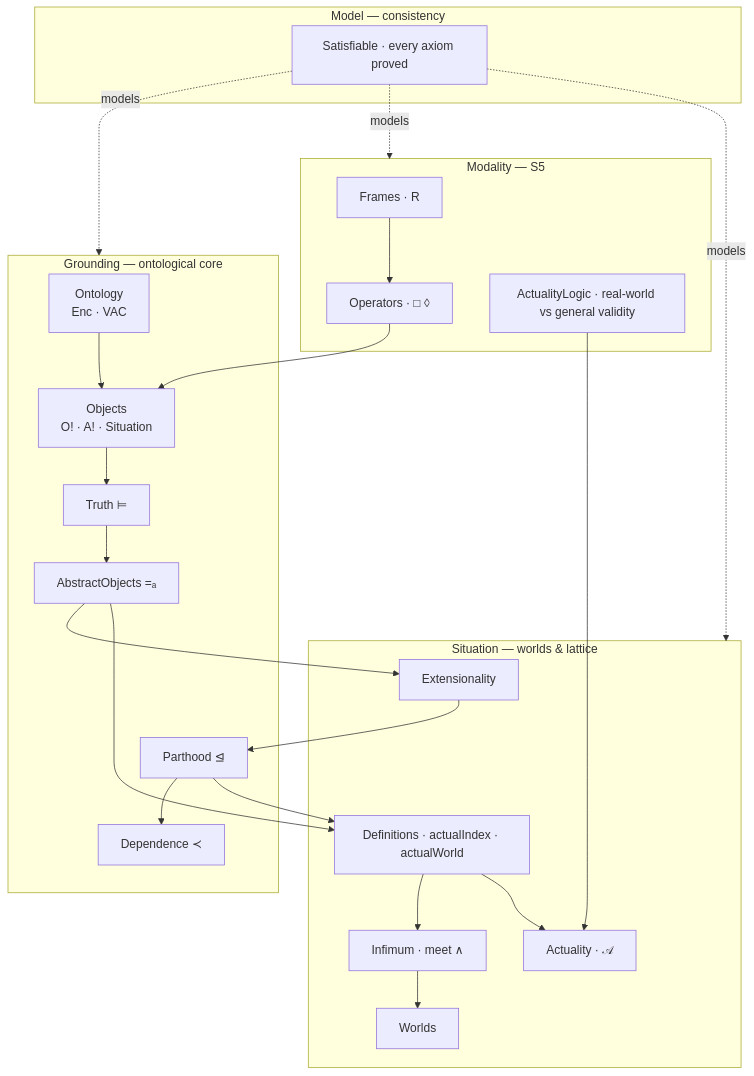
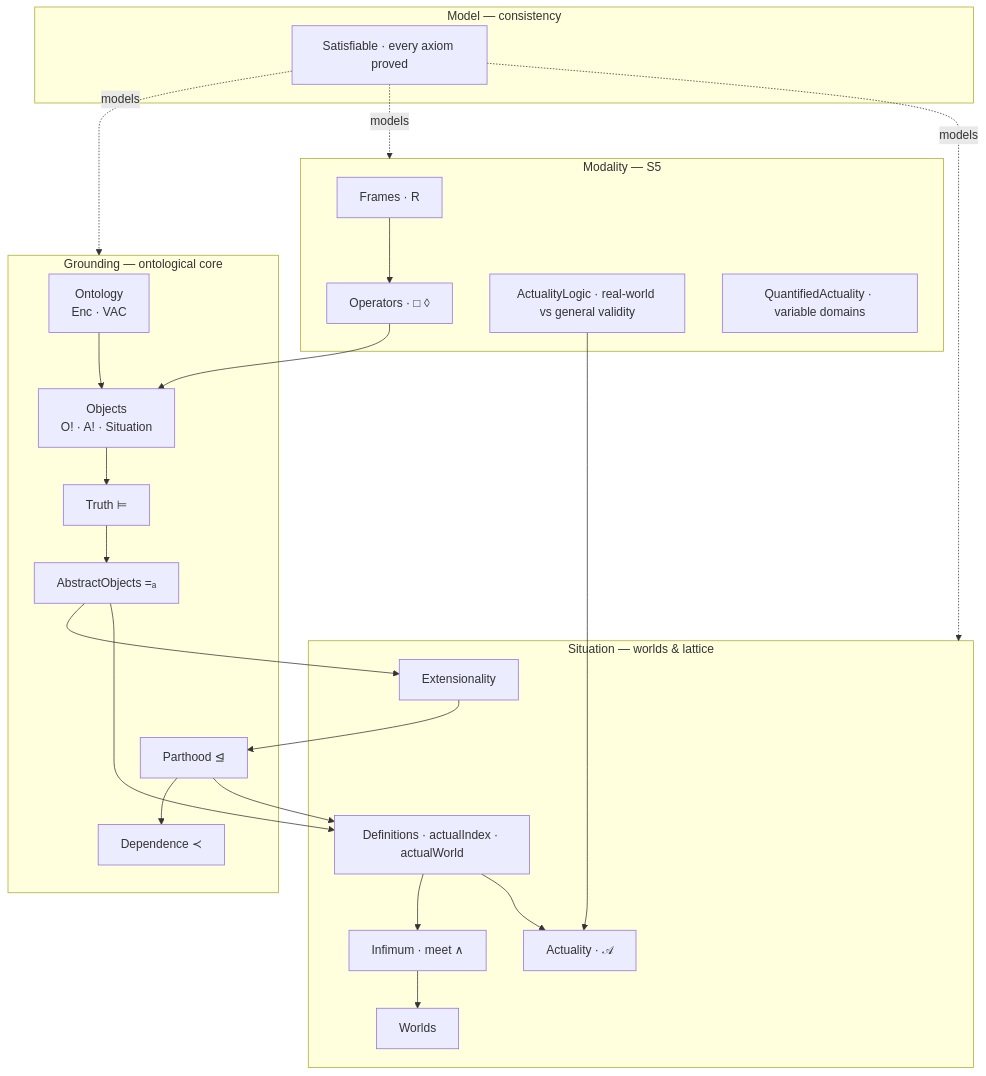
One commit to HanielUlises/Possible-World-Semantics changed the first of 2 diagrams in README.md. Above: the diagram before and after it, drawn with Mermaid. The commit also changed other lines of this file, not shown here.

Commit message:
Document the quantified actuality results in README

````diff
--- a/README.md
+++ b/README.md
@@ -17,36 +17,37 @@
 ```mermaid
 flowchart TD
     subgraph G["Grounding — ontological core"]
         Ont["Ontology<br/>Enc · VAC"]
         Obj["Objects<br/>O! · A! · Situation"]
         Tru["Truth ⊨"]
         Par["Parthood ⊴"]
         Dep["Dependence ≺"]
         Abs["AbstractObjects =ₐ"]
     end
     subgraph M["Modality — S5"]
         Fr["Frames · R"]
         Op["Operators · □ ◊"]
         AL["ActualityLogic · real-world vs general validity"]
+        QA["QuantifiedActuality · variable domains"]
     end
     subgraph S["Situation — worlds & lattice"]
         Def["Definitions · actualIndex · actualWorld"]
         Ext["Extensionality"]
         Inf["Infimum · meet ∧"]
         Wld["Worlds"]
         Act["Actuality · 𝒜"]
     end
     Fr --> Op
     Ont --> Obj --> Tru --> Abs --> Ext --> Par --> Dep
     Op --> Obj
     Par --> Def
     Abs --> Def --> Inf --> Wld
     Def --> Act
     AL --> Act
     subgraph X["Model — consistency"]
         Sat["Satisfiable · every axiom proved"]
     end
     Sat -. "models" .-> G
     Sat -. "models" .-> M
     Sat -. "models" .-> S
 ```
````
